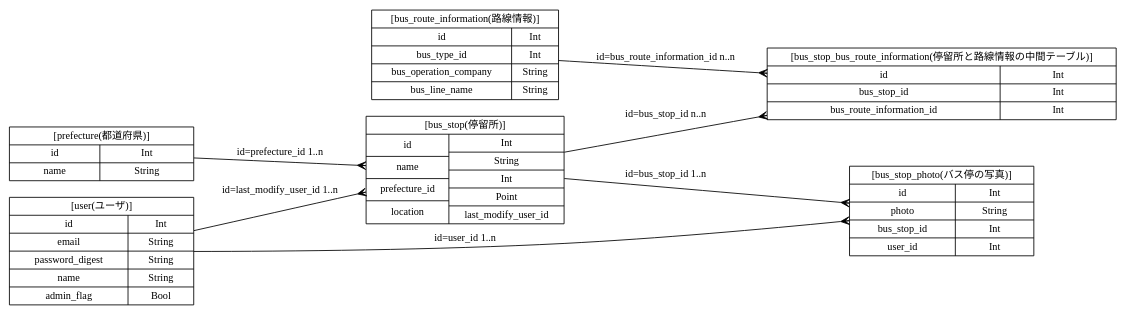
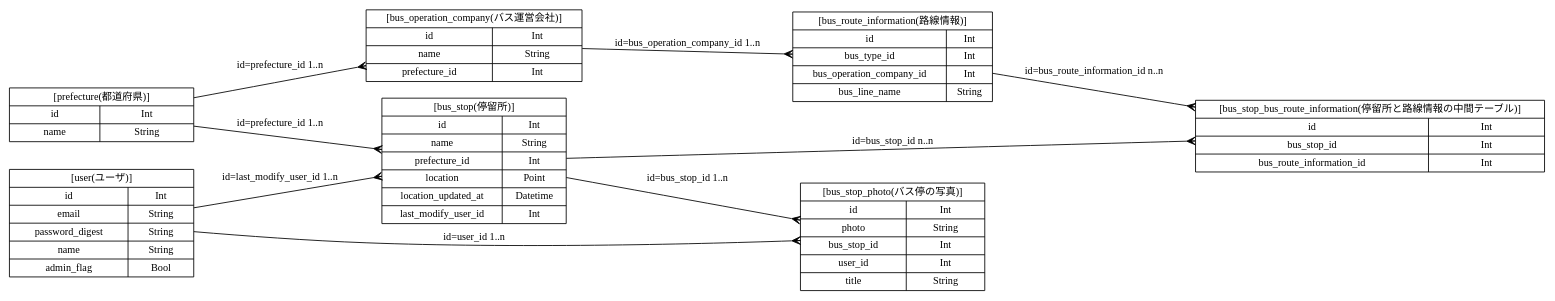
The diagram in doc/er.dot (FavorForFireFighter/server-app), drawn with Graphviz before and after one commit. The commit also changed 36 other files, not shown here.

```diff
--- a/doc/er.dot
+++ b/doc/er.dot
@@ -1,30 +1,34 @@
 digraph busmap {
   // 基本設定
   graph [rankdir=LR];    // グラフの描画方向を左から右に
   node [shape=record, fontsize=12, width=3.0];  // 文字のはみ出し防止にノード・フォントサイズ固定
   edge [arrowhead=crow, fontsize=12]; // crowでER図っぽさを増し増し
 
   // ノード
   // bus_stop
-  bus_stop [label="[bus_stop(停留所)]|{{id|name|prefecture_id|location}|{Int|String|Int|Point|last_modify_user_id}}"];
+  bus_stop [label="[bus_stop(停留所)]|{{id|name|prefecture_id|location|location_updated_at|last_modify_user_id}|{Int|String|Int|Point|Datetime|Int}}"];
   // prefecture
   prefecture [label="[prefecture(都道府県)]|{{id|name}|{Int|String}}"];
+  // bus_operation_company
+  bus_operation_company [label="[bus_operation_company(バス運営会社)]|{{id|name|prefecture_id}|{Int|String|Int}}"];
   // bus_route_information
-  bus_route_information [label="[bus_route_information(路線情報)]|{{id|bus_type_id|bus_operation_company|bus_line_name}|{Int|Int|String|String}}"];
+  bus_route_information [label="[bus_route_information(路線情報)]|{{id|bus_type_id|bus_operation_company_id|bus_line_name}|{Int|Int|Int|String}}"];
   //
   bus_stop_bus_route_information [label="[bus_stop_bus_route_information(停留所と路線情報の中間テーブル)]|{{id|bus_stop_id|bus_route_information_id}|{Int|Int|Int}}"];
 
   // user
   user [label="[user(ユーザ)]|{{id|email|password_digest|name|admin_flag}|{Int|String|String|String|Bool}}"];
 
   // bus_stop_photo
-  bus_stop_photo [label="[bus_stop_photo(バス停の写真)]|{{id|photo|bus_stop_id|user_id}|{Int|String|Int|Int}}"];
+  bus_stop_photo [label="[bus_stop_photo(バス停の写真)]|{{id|photo|bus_stop_id|user_id|title}|{Int|String|Int|Int|String}}"];
 
   // エッジ
   prefecture -> bus_stop [label="id=prefecture_id 1..n"];
+  prefecture -> bus_operation_company [label="id=prefecture_id 1..n"];
   bus_stop -> bus_stop_bus_route_information [label="id=bus_stop_id n..n"];
+  bus_operation_company -> bus_route_information [label="id=bus_operation_company_id 1..n"];
   bus_route_information -> bus_stop_bus_route_information [label="id=bus_route_information_id n..n"];
   user -> bus_stop [label="id=last_modify_user_id 1..n"];
   user -> bus_stop_photo [label="id=user_id 1..n"];
   bus_stop -> bus_stop_photo [label="id=bus_stop_id 1..n"];
 }
```
